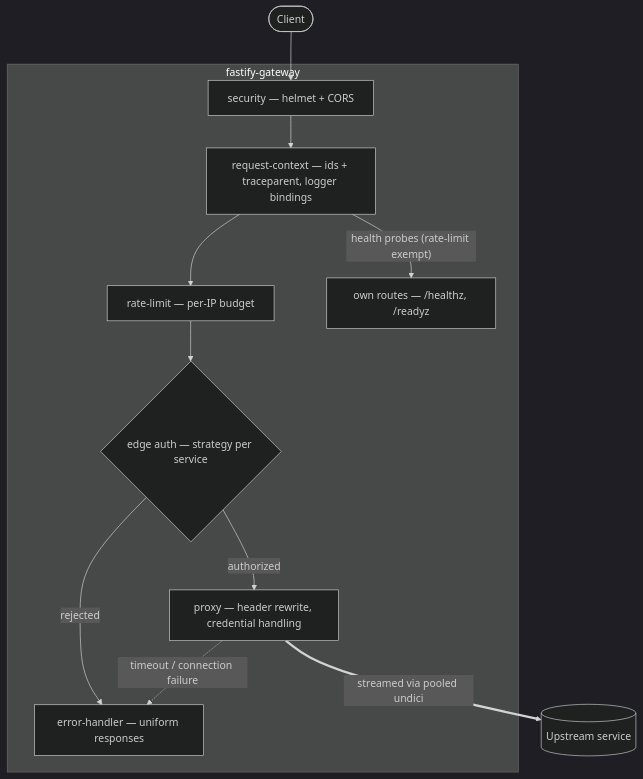
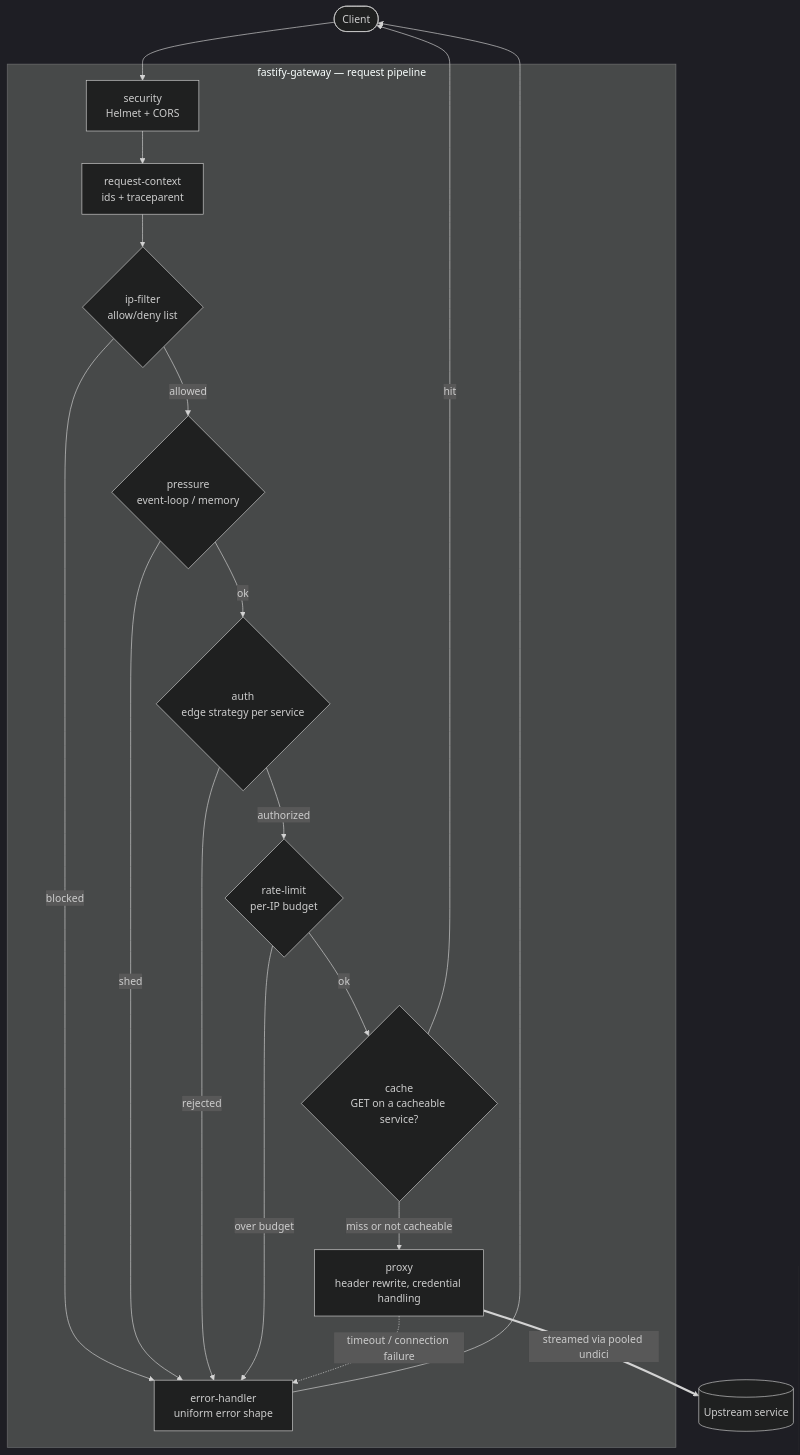
The first of 3 diagrams in docs/architecture.md (byshahriar/fastify-gateway), drawn with Mermaid (dark theme) before and after one commit. The commit also changed other lines of this file and 2 other files, not shown here.

Commit message:
docs: refresh architecture diagrams and add a response-caching sequence diagram

````diff
--- a/docs/architecture.md
+++ b/docs/architecture.md
@@ -5,23 +11,32 @@
 ```mermaid
 flowchart TB
     client([Client])
     upstream[(Upstream service)]
 
-    subgraph gateway["fastify-gateway"]
-        security["security — helmet + CORS"]
-        context["request-context — ids + traceparent, logger bindings"]
-        ratelimit["rate-limit — per-IP budget"]
-        health["own routes — /healthz, /readyz"]
-        auth{"edge auth — strategy per service"}
-        proxy["proxy — header rewrite, credential handling"]
-        errors["error-handler — uniform responses"]
+    subgraph gateway["fastify-gateway — request pipeline"]
+        security["security<br/>Helmet + CORS"]
+        context["request-context<br/>ids + traceparent"]
+        ipfilter{"ip-filter<br/>allow/deny list"}
+        pressure{"pressure<br/>event-loop / memory"}
+        auth{"auth<br/>edge strategy per service"}
+        ratelimit{"rate-limit<br/>per-IP budget"}
+        cache{"cache<br/>GET on a cacheable service?"}
+        proxy["proxy<br/>header rewrite, credential handling"]
+        errors["error-handler<br/>uniform error shape"]
     end
 
-    client --> security --> context
-    context -->|"health probes (rate-limit exempt)"| health
-    context --> ratelimit --> auth
-    auth -->|authorized| proxy
+    client --> security --> context --> ipfilter
+    ipfilter -->|blocked| errors
+    ipfilter -->|allowed| pressure
+    pressure -->|shed| errors
+    pressure -->|ok| auth
     auth -->|rejected| errors
+    auth -->|authorized| ratelimit
+    ratelimit -->|over budget| errors
+    ratelimit -->|ok| cache
+    cache -->|hit| client
+    cache -->|miss or not cacheable| proxy
     proxy ==>|"streamed via pooled undici"| upstream
     proxy -.->|"timeout / connection failure"| errors
+    errors --> client
 ```
````
